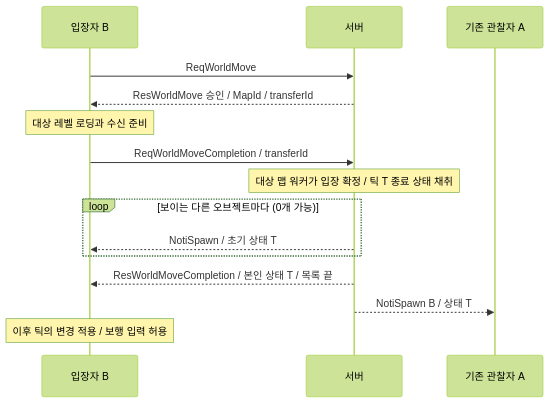
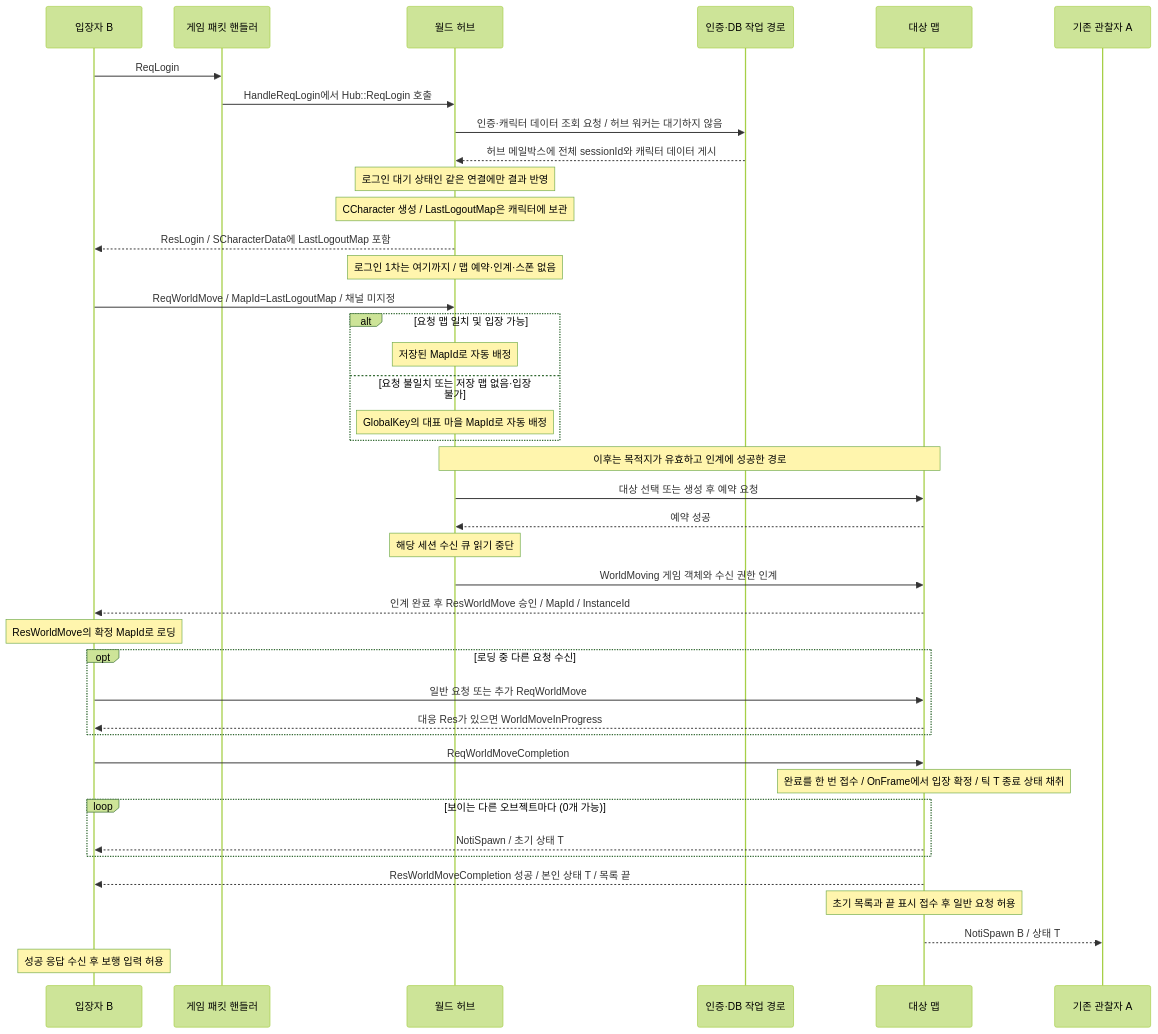
The diagram in 13_MMO_Project/Docs/Plan/Server/014_월드_이동과_초기_동기화.md (MyungHyun-Ahn/Portfolio), drawn with Mermaid (forest theme) before and after one commit. The commit also changed other lines of this file and 3 other files, not shown here.

````diff
--- a/13_MMO_Project/Docs/Plan/Server/014_월드_이동과_초기_동기화.md
+++ b/13_MMO_Project/Docs/Plan/Server/014_월드_이동과_초기_동기화.md
@@ -7,17 +37,43 @@
 ```mermaid
 sequenceDiagram
     participant B as 입장자 B
-    participant S as 서버
+    participant P as 게임 패킷 핸들러
+    participant H as 월드 허브
+    participant D as 인증·DB 작업 경로
+    participant M as 대상 맵
     participant A as 기존 관찰자 A
-    B->>S: ReqWorldMove
-    S-->>B: ResWorldMove 승인 / MapId / transferId
-    Note over B: 대상 레벨 로딩과 수신 준비
-    B->>S: ReqWorldMoveCompletion / transferId
-    Note over S: 대상 맵 워커가 입장 확정 / 틱 T 종료 상태 채취
+    B->>P: ReqLogin
+    P->>H: HandleReqLogin에서 Hub::ReqLogin 호출
+    H->>D: 인증·캐릭터 데이터 조회 요청 / 허브 워커는 대기하지 않음
+    D-->>H: 허브 메일박스에 전체 sessionId와 캐릭터 데이터 게시
+    Note over H: 로그인 대기 상태인 같은 연결에만 결과 반영
+    Note over H: CCharacter 생성 / LastLogoutMap은 캐릭터에 보관
+    H-->>B: ResLogin / SCharacterData에 LastLogoutMap 포함
+    Note over H: 로그인 1차는 여기까지 / 맵 예약·인계·스폰 없음
+    B->>H: ReqWorldMove / MapId=LastLogoutMap / 채널 미지정
+    alt 요청 맵 일치 및 입장 가능
+        Note over H: 저장된 MapId로 자동 배정
+    else 요청 불일치 또는 저장 맵 없음·입장 불가
+        Note over H: GlobalKey의 대표 마을 MapId로 자동 배정
+    end
+    Note over H,M: 이후는 목적지가 유효하고 인계에 성공한 경로
+    H->>M: 대상 선택 또는 생성 후 예약 요청
+    M-->>H: 예약 성공
+    Note over H: 해당 세션 수신 큐 읽기 중단
+    H->>M: WorldMoving 게임 객체와 수신 권한 인계
+    M-->>B: 인계 완료 후 ResWorldMove 승인 / MapId / InstanceId
+    Note over B: ResWorldMove의 확정 MapId로 로딩
+    opt 로딩 중 다른 요청 수신
+        B->>M: 일반 요청 또는 추가 ReqWorldMove
+        M-->>B: 대응 Res가 있으면 WorldMoveInProgress
+    end
+    B->>M: ReqWorldMoveCompletion
+    Note over M: 완료를 한 번 접수 / OnFrame에서 입장 확정 / 틱 T 종료 상태 채취
     loop 보이는 다른 오브젝트마다 (0개 가능)
-        S-->>B: NotiSpawn / 초기 상태 T
+        M-->>B: NotiSpawn / 초기 상태 T
     end
-    S-->>B: ResWorldMoveCompletion / 본인 상태 T / 목록 끝
-    S-->>A: NotiSpawn B / 상태 T
-    Note over B: 이후 틱의 변경 적용 / 보행 입력 허용
+    M-->>B: ResWorldMoveCompletion 성공 / 본인 상태 T / 목록 끝
+    Note over M: 초기 목록과 끝 표시 접수 후 일반 요청 허용
+    M-->>A: NotiSpawn B / 상태 T
+    Note over B: 성공 응답 수신 후 보행 입력 허용
 ```
````
